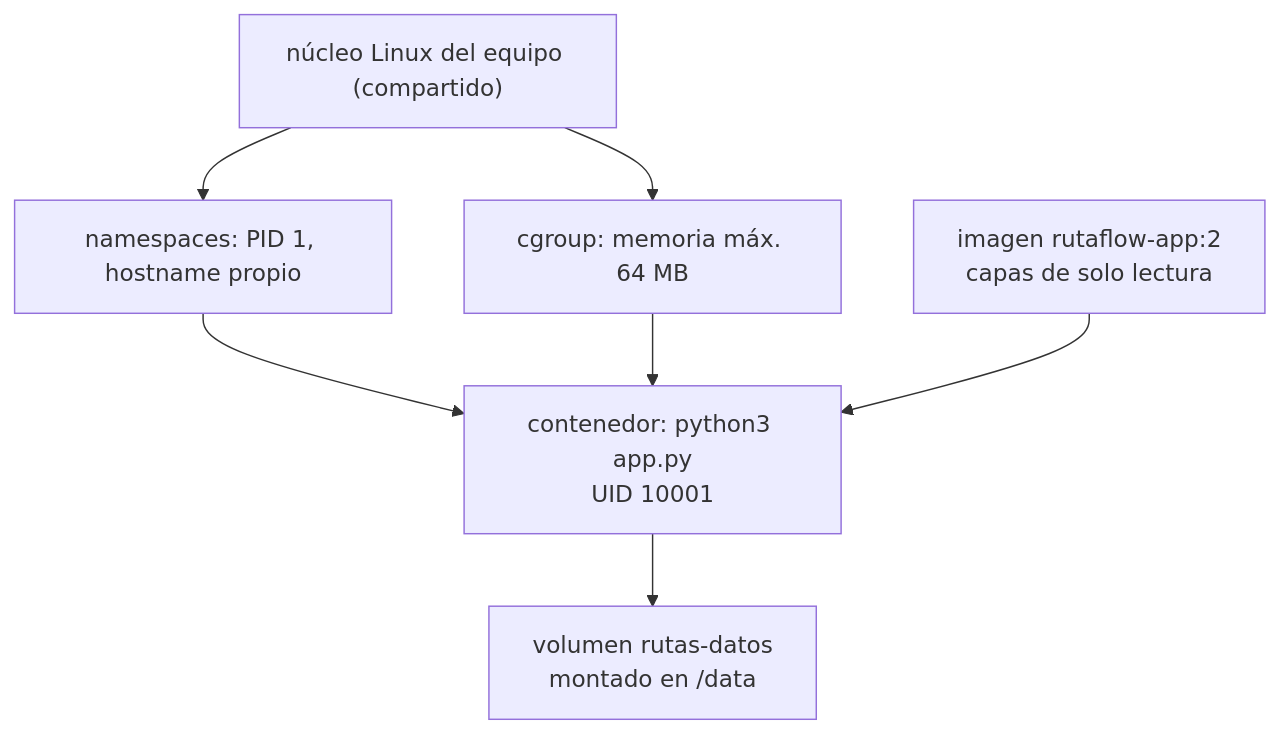
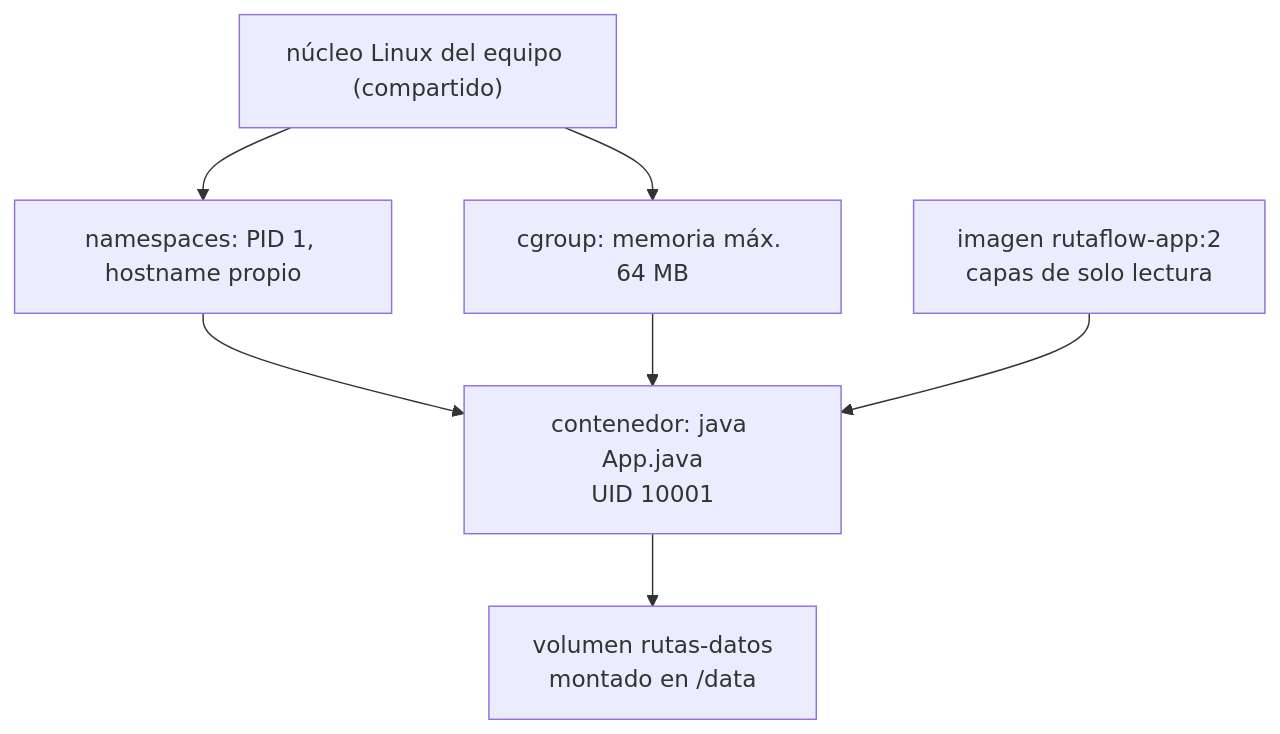
Before and after one commit to NICORUIZ93/The_Imperial_Book: the fourth of 5 diagrams in web/public/content/foundations/modulo-5.md, drawn with Mermaid. The commit also changed other lines of this file and 1 other file, not shown here.

First line of the commit message:
contenido(fundamentos): módulo 5 en Java 25

````diff
--- a/web/public/content/foundations/modulo-5.md
+++ b/web/public/content/foundations/modulo-5.md
@@ -1298,10 +1365,10 @@
 ```mermaid
 flowchart TB
     KERNEL["núcleo Linux del equipo (compartido)"]
     KERNEL --> NS["namespaces: PID 1, hostname propio"]
     KERNEL --> CG["cgroup: memoria máx. 64 MB"]
-    NS --> C1["contenedor: python3 app.py<br/>UID 10001"]
+    NS --> C1["contenedor: java App.java<br/>UID 10001"]
     CG --> C1
     IMG["imagen rutaflow-app:2<br/>capas de solo lectura"] --> C1
     C1 --> VOL["volumen rutas-datos<br/>montado en /data"]
 ```
````
